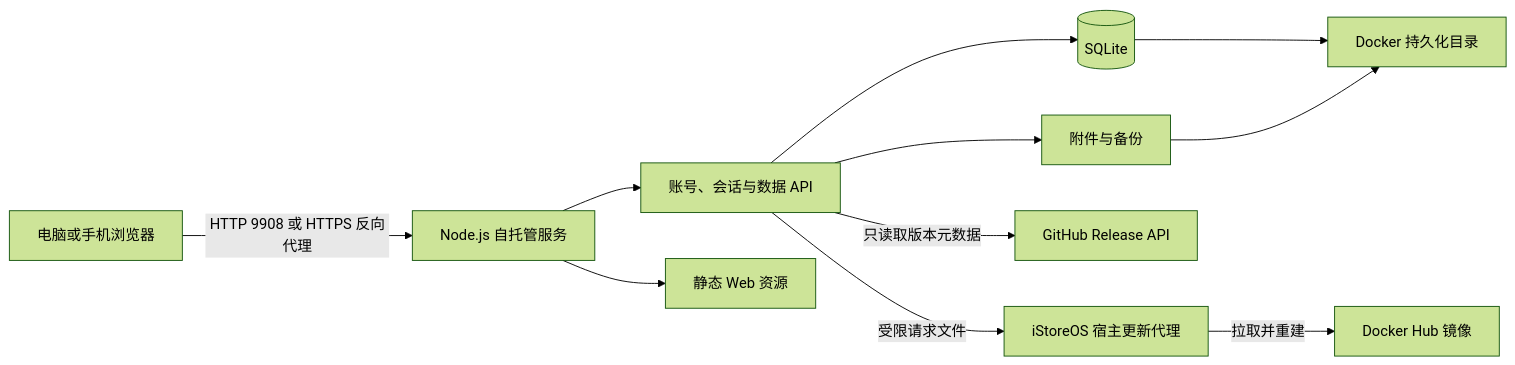
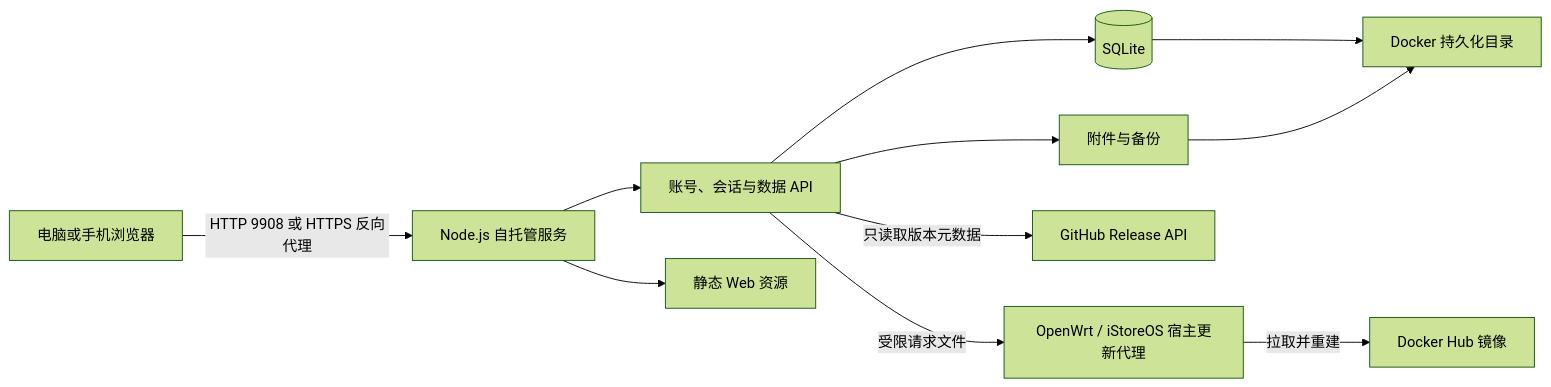
The diagram in docs/architecture.md (luckyalanzhou/QiDian), drawn with Mermaid (forest theme) before and after one commit. The commit also changed other lines of this file and 19 other files, not shown here.

Commit message:
feat: support native OpenWrt packages

````diff
--- a/docs/architecture.md
+++ b/docs/architecture.md
@@ -5,13 +5,13 @@
 ```mermaid
 flowchart LR
   U[电脑或手机浏览器] -->|HTTP 9908 或 HTTPS 反向代理| W[Node.js 自托管服务]
   W --> A[账号、会话与数据 API]
   W --> S[静态 Web 资源]
   A --> D[(SQLite)]
   A --> F[附件与备份]
   D --> V[Docker 持久化目录]
   F --> V
   A -->|只读取版本元数据| G[GitHub Release API]
-  A -->|受限请求文件| H[iStoreOS 宿主更新代理]
+  A -->|受限请求文件| H[OpenWrt / iStoreOS 宿主更新代理]
   H -->|拉取并重建| I[Docker Hub 镜像]
 ```
````
